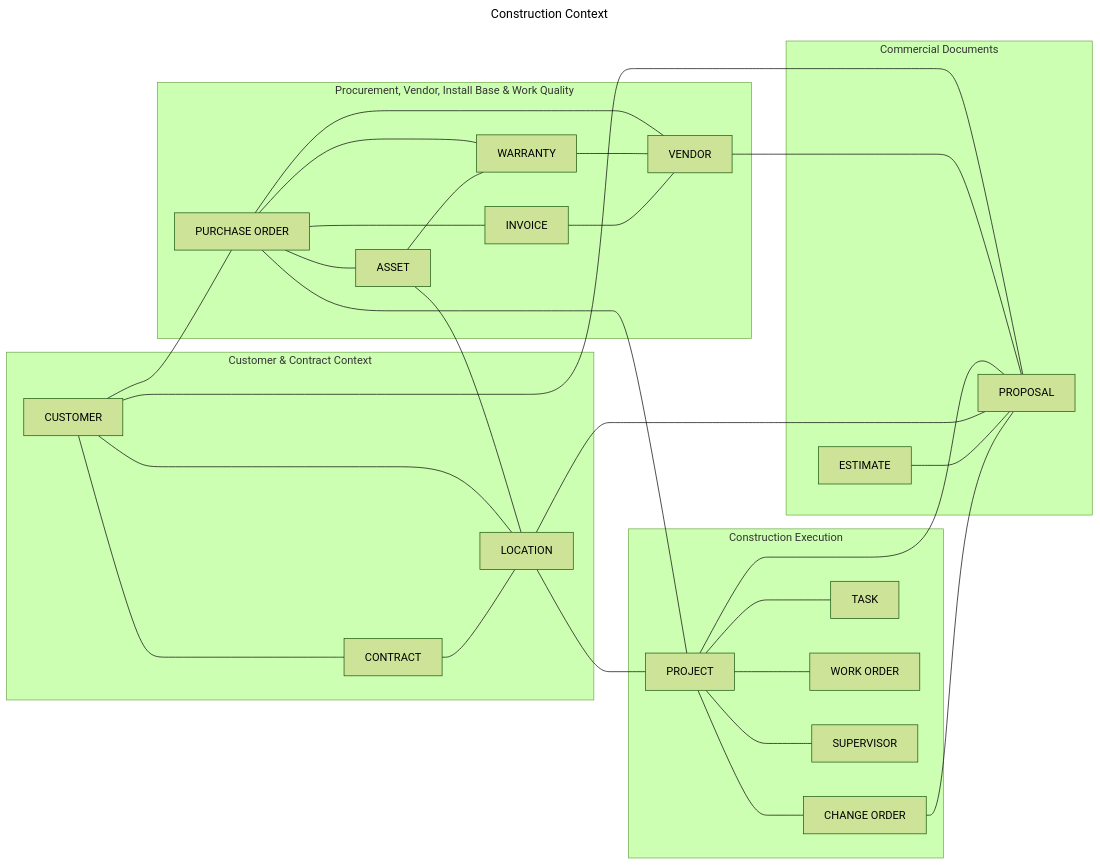
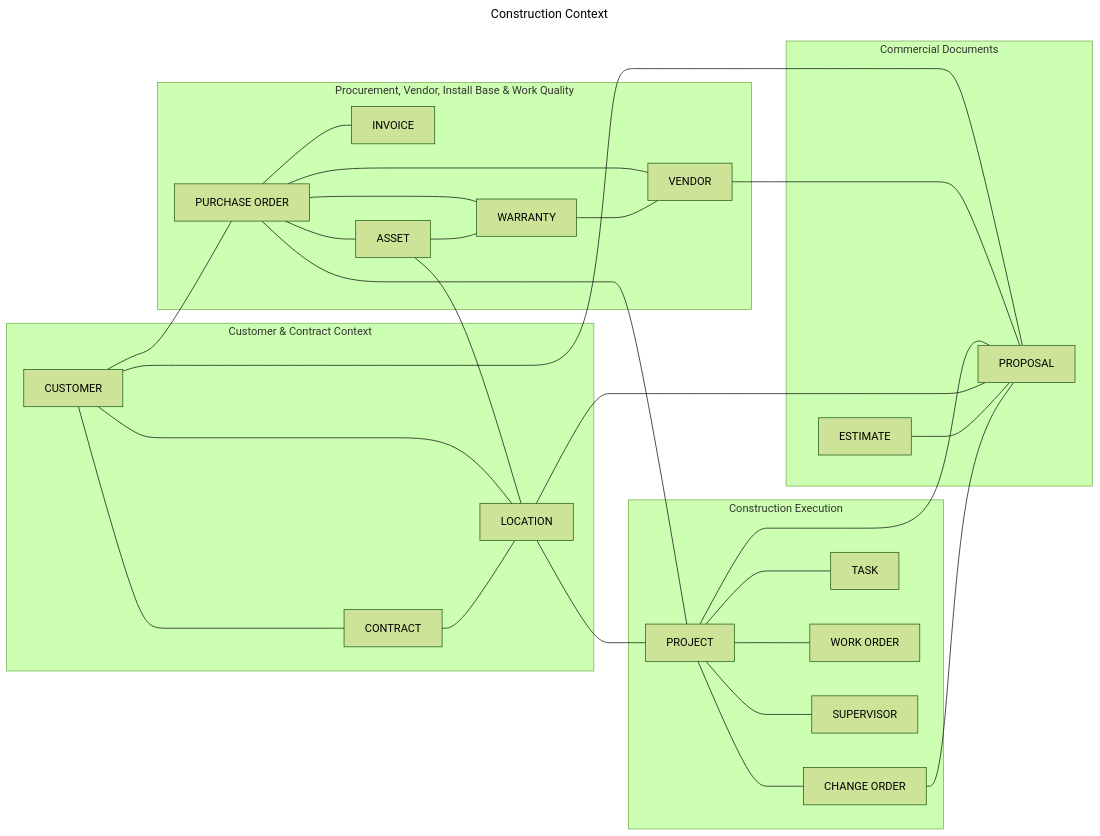
The diagram in construction-bounded-context.mmd (mcknz76/diagram-example), drawn with Mermaid (forest theme) before and after one commit.

Commit message:
updated construction

```diff
--- a/construction-bounded-context.mmd
+++ b/construction-bounded-context.mmd
@@ -1,82 +1,81 @@
 ---
 title: Construction Context
 ---
 
 flowchart LR
 
 %% -----------------------------
 %% Commercial Documents
 %% -----------------------------
 subgraph CommercialDocsCtx["Commercial&nbsp;Documents"]
   ESTIMATE
   PROPOSAL
 end
 
 %% -----------------------------
 %% Customer & Contract Context
 %% -----------------------------
 subgraph CustomerCtx["Customer & Contract Context"]
 
     CUSTOMER
     CONTRACT
     LOCATION
 end
 
 %% -----------------------------
 %% Procurement, Vendor, Install Base & Work Quality
 %% -----------------------------
 subgraph ProcurementCtx["Procurement, Vendor, Install Base & Work Quality"]
 
     PURCHASE_ORDER["PURCHASE ORDER"]
     INVOICE
     ASSET
     WARRANTY
     VENDOR
 end
 
 %% -----------------------------
 %% Construction Execution
 %% -----------------------------
 subgraph ExecCtx["Construction Execution"]
 
     PROJECT
     CHANGE_ORDER["CHANGE ORDER"]
     TASK
     WORK_ORDER["WORK ORDER"]
     SUPERVISOR
 end
 
 %% -----------------------------
 %% Relationships
 %% -----------------------------
 CUSTOMER --- CONTRACT
 CUSTOMER --- LOCATION
 CUSTOMER --- PURCHASE_ORDER
 CONTRACT --- LOCATION
 
 PURCHASE_ORDER --- INVOICE
 PURCHASE_ORDER --- ASSET
 PURCHASE_ORDER --- VENDOR
 PURCHASE_ORDER --- WARRANTY
 
 ASSET --- WARRANTY
 
 LOCATION --- PROJECT
 PURCHASE_ORDER --- PROJECT
 
 PROJECT --- CHANGE_ORDER
 PROJECT --- TASK
 PROJECT --- WORK_ORDER
 PROJECT --- SUPERVISOR
 
 WARRANTY --- VENDOR
-INVOICE --- VENDOR
 
 ASSET --- LOCATION
 
 CUSTOMER --- PROPOSAL
 VENDOR --- PROPOSAL
 PROJECT --- PROPOSAL
 LOCATION --- PROPOSAL
 ESTIMATE --- PROPOSAL
 CHANGE_ORDER --- PROPOSAL
```
